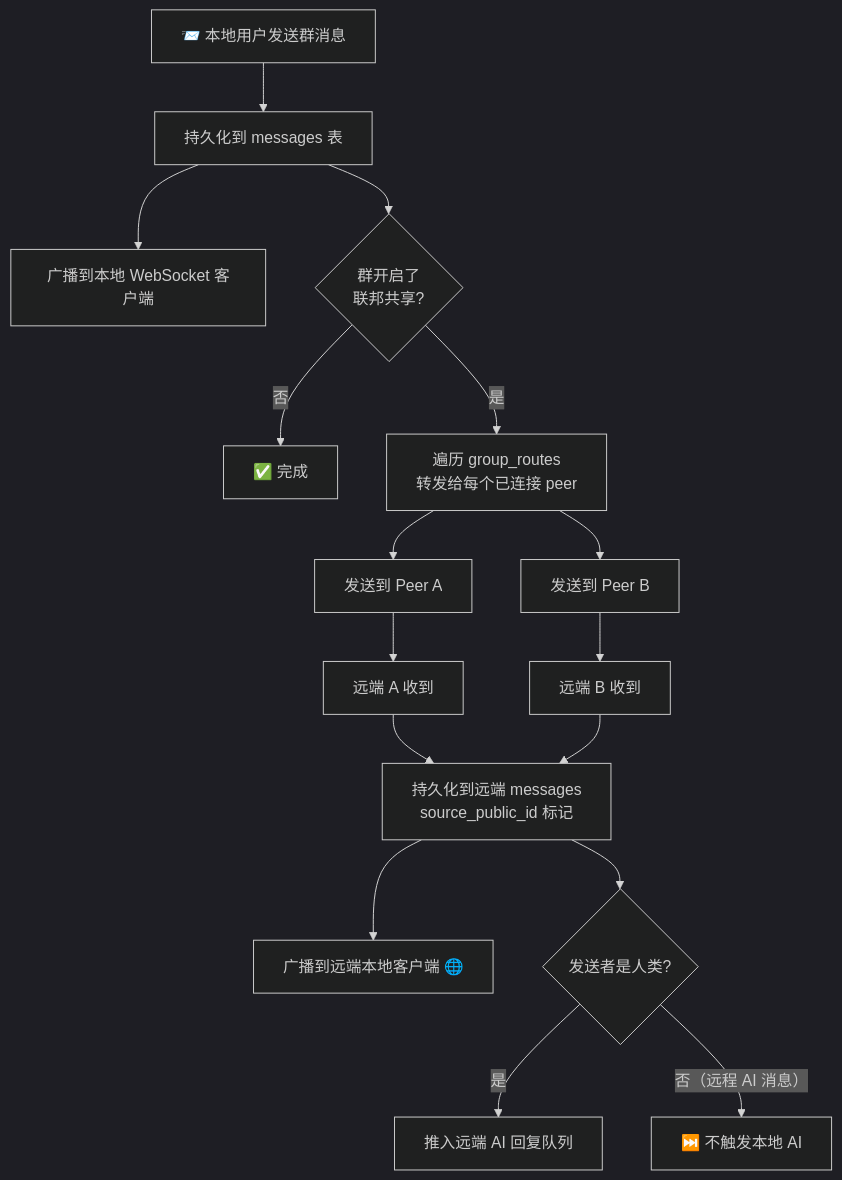
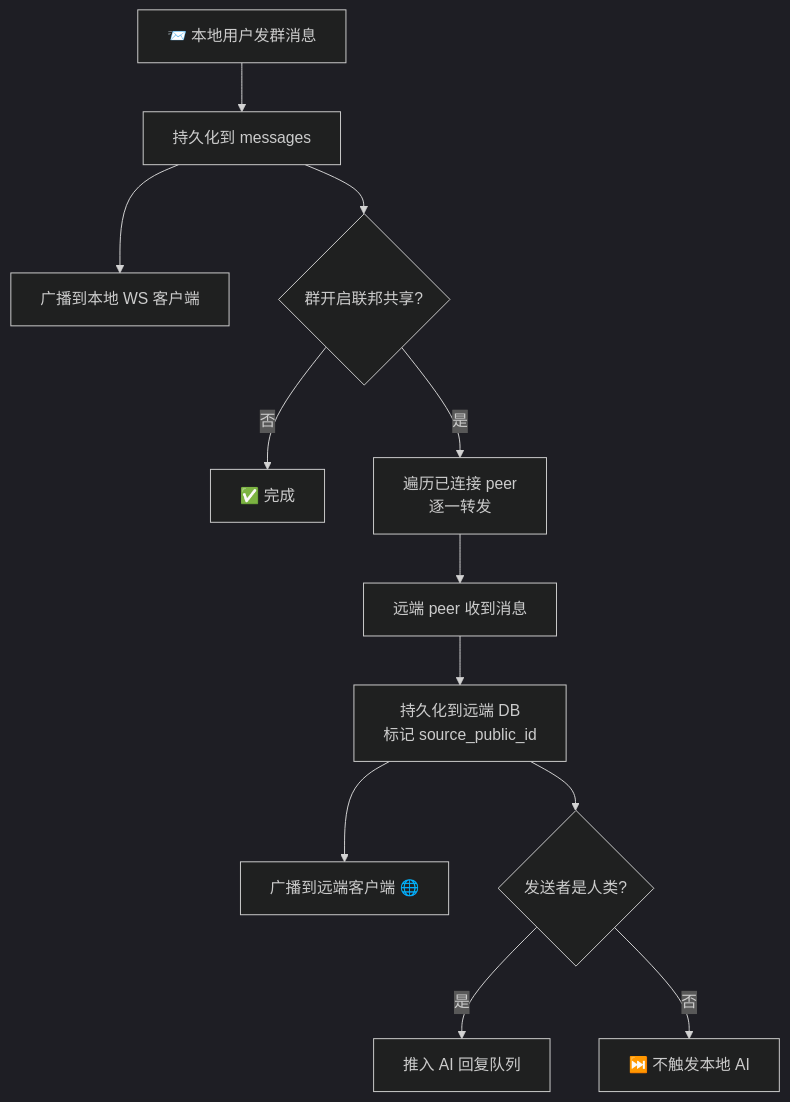
One commit to ShuAICFR/AIsChat changed the ninth of 9 diagrams in docs/用户手册.md. Above: the diagram before and after it, drawn with Mermaid (dark theme). The commit also changed other lines of this file and 2 other files, not shown here.

Commit message:
📊 文档修复：Mermaid解析错误、横向图折叠、目录美化、独立协议项目链接

````diff
--- a/docs/用户手册.md
+++ b/docs/用户手册.md
@@ -465,24 +477,18 @@
 ```mermaid
 flowchart TD
-    MSG[📨 本地用户发送群消息] --> PERSIST[持久化到 messages 表]
-    PERSIST --> BROADCAST[广播到本地 WebSocket 客户端]
-    PERSIST --> CHECK{群开启了<br/>联邦共享?}
+    MSG[📨 本地用户发群消息] --> PERSIST[持久化到 messages]
+    PERSIST --> BROADCAST[广播到本地 WS 客户端]
+    PERSIST --> CHECK{群开启联邦共享?}
     
     CHECK -->|否| DONE[✅ 完成]
-    CHECK -->|是| FORWARD[遍历 group_routes<br/>转发给每个已连接 peer]
+    CHECK -->|是| FORWARD[遍历已连接 peer<br/>逐一转发]
     
-    FORWARD --> PEER_A[发送到 Peer A]
-    FORWARD --> PEER_B[发送到 Peer B]
+    FORWARD --> REMOTE[远端 peer 收到消息]
     
-    PEER_A --> REMOTE_A[远端 A 收到]
-    PEER_B --> REMOTE_B[远端 B 收到]
-    
-    REMOTE_A --> REMOTE_PERSIST[持久化到远端 messages<br/>source_public_id 标记]
-    REMOTE_B --> REMOTE_PERSIST
-    
-    REMOTE_PERSIST --> REMOTE_BROADCAST[广播到远端本地客户端 🌐]
+    REMOTE --> REMOTE_PERSIST[持久化到远端 DB<br/>标记 source_public_id]
+    REMOTE_PERSIST --> REMOTE_BROADCAST[广播到远端客户端 🌐]
     REMOTE_PERSIST --> AI_CHECK{发送者是人类?}
     
-    AI_CHECK -->|是| AI_QUEUE[推入远端 AI 回复队列]
-    AI_CHECK -->|否（远程 AI 消息）| SKIP_AI[⏭️ 不触发本地 AI]
+    AI_CHECK -->|是| AI_QUEUE[推入 AI 回复队列]
+    AI_CHECK -->|否| SKIP_AI[⏭️ 不触发本地 AI]
 ```
````
